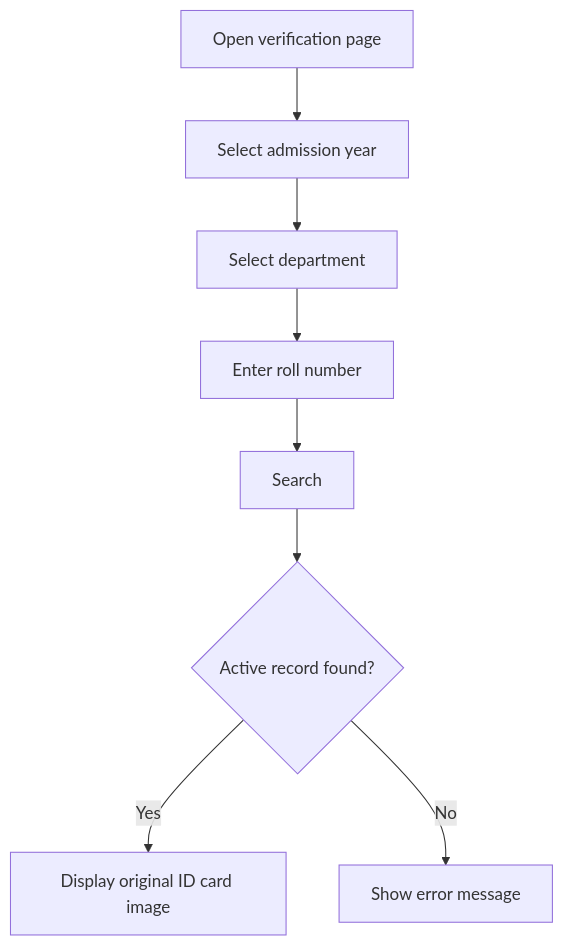
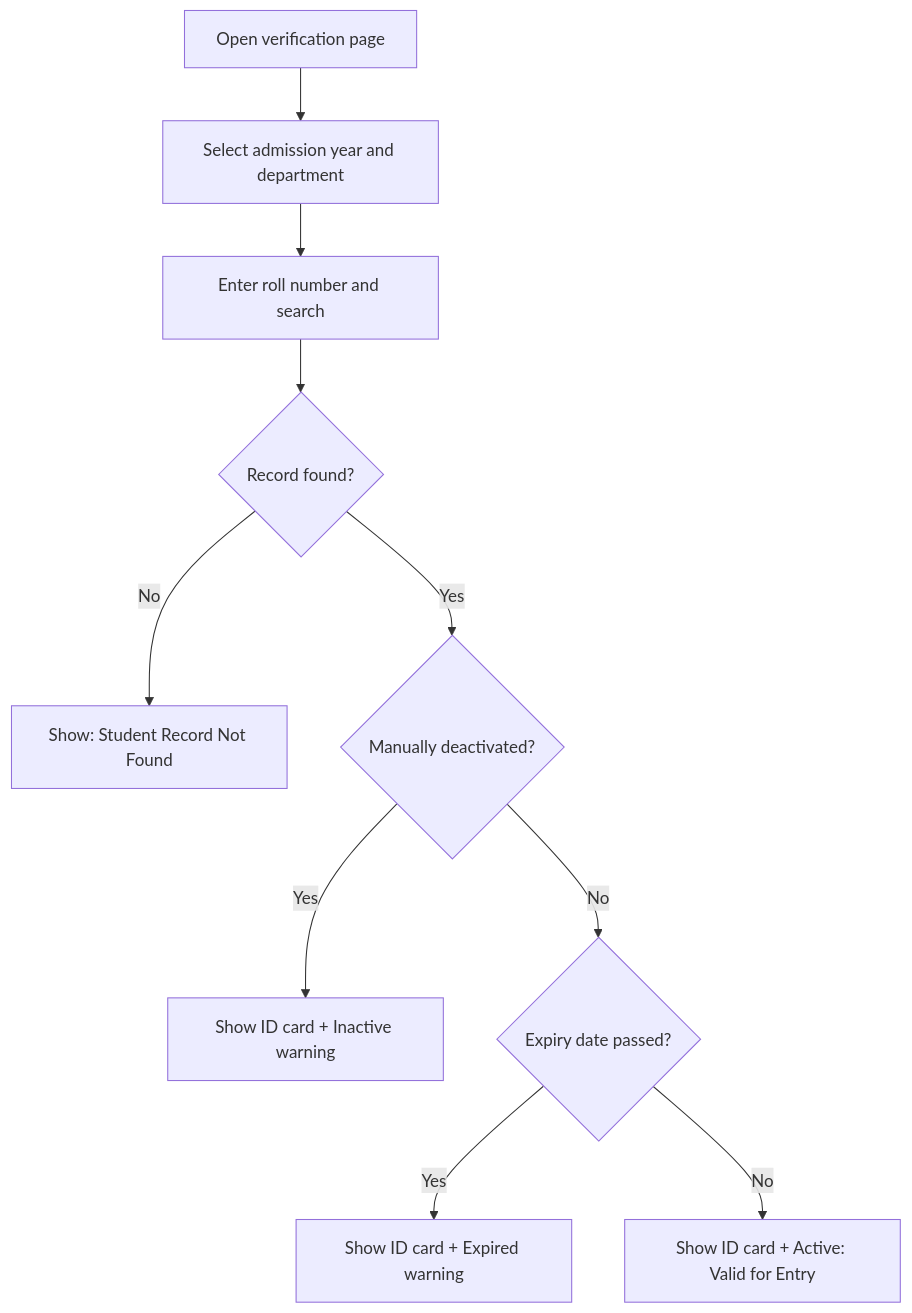
The diagram in README.md (husnaincodes/-Smart-Student-ID-Verification-System), drawn with Mermaid before and after one commit. The commit also changed other lines of this file, not shown here.

````diff
--- a/README.md
+++ b/README.md
@@ -67,10 +97,12 @@
 ```mermaid
 flowchart TD
-    A[Open verification page] --> B[Select admission year]
-    B --> C[Select department]
-    C --> D[Enter roll number]
-    D --> E[Search]
-    E --> F{Active record found?}
-    F -- Yes --> G[Display original ID card image]
-    F -- No --> H[Show error message]
+    A[Open verification page] --> B[Select admission year and department]
+    B --> C[Enter roll number and search]
+    C --> D{Record found?}
+    D -- No --> E[Show: Student Record Not Found]
+    D -- Yes --> F{Manually deactivated?}
+    F -- Yes --> G[Show ID card + Inactive warning]
+    F -- No --> H{Expiry date passed?}
+    H -- Yes --> I[Show ID card + Expired warning]
+    H -- No --> J[Show ID card + Active: Valid for Entry]
 ```
````
